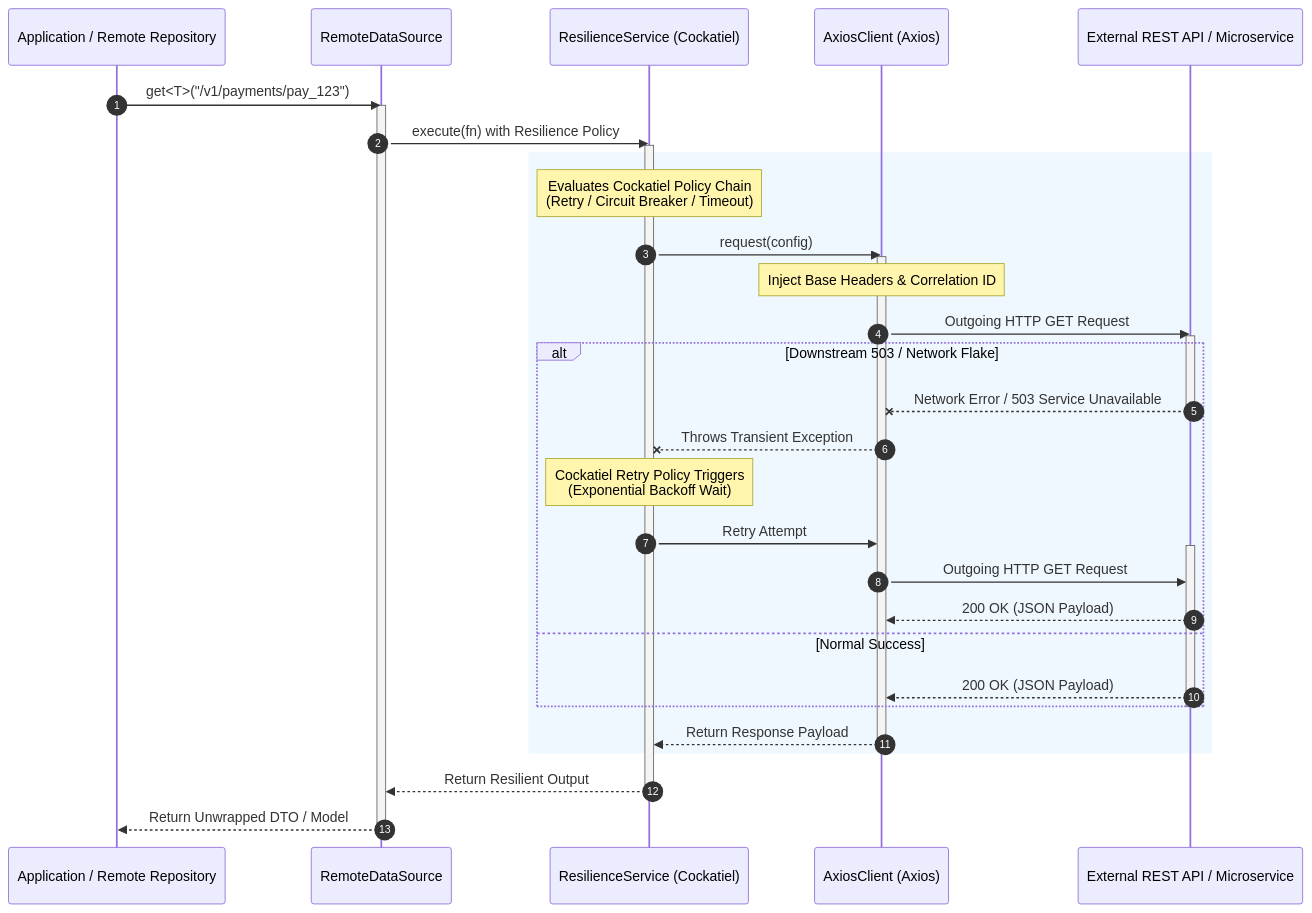
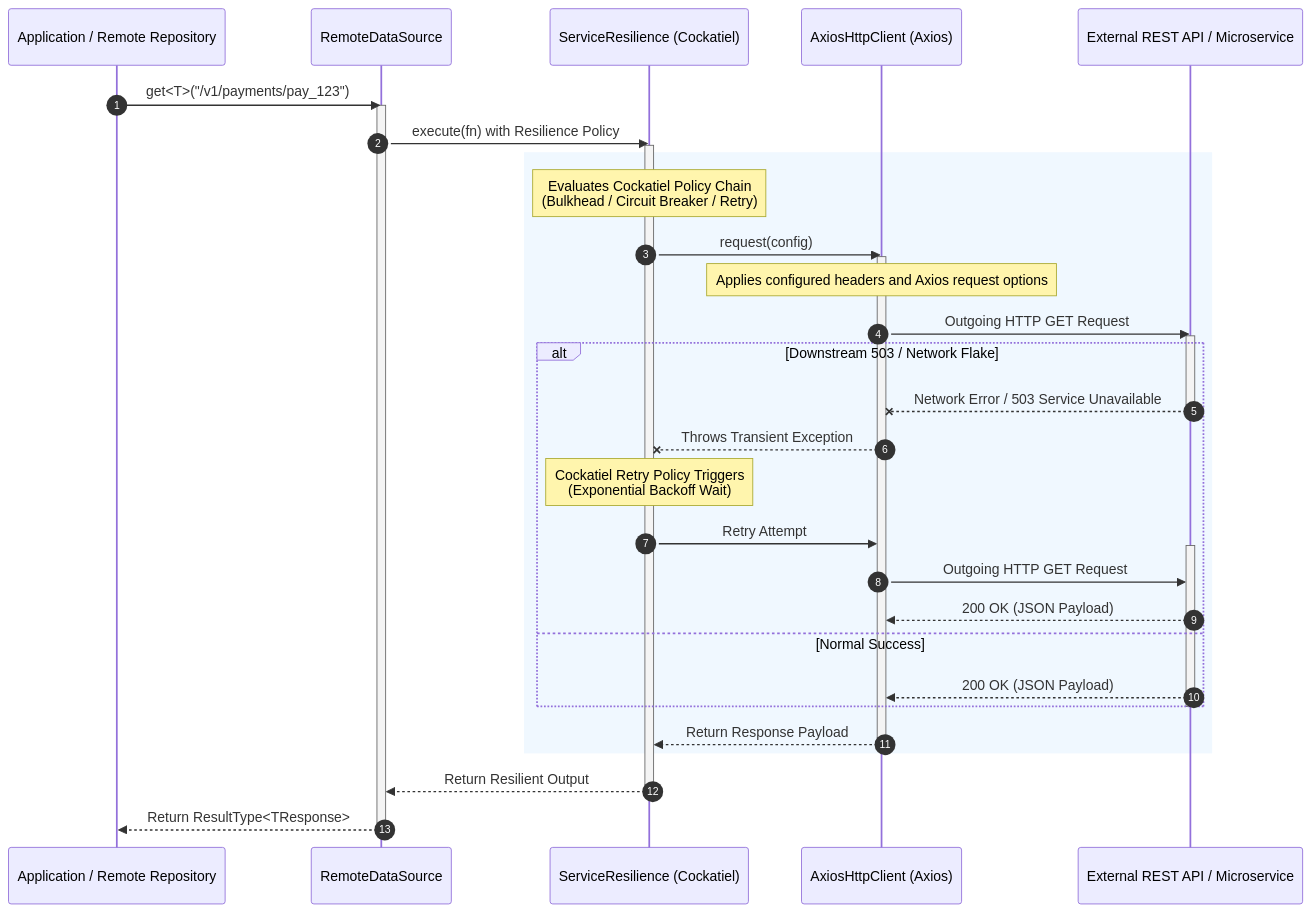
One commit to xeno-js/xeno-website changed the diagram in src/content/docs/http-core.md. Above: the diagram before and after it, drawn with Mermaid. The commit also changed other lines of this file and 18 other files, not shown here.

````diff
--- a/src/content/docs/http-core.md
+++ b/src/content/docs/http-core.md
@@ -56,47 +52,47 @@
 ```mermaid
 sequenceDiagram
     autonumber
     participant App as Application / Remote Repository
     participant RDS as RemoteDataSource
-    participant Res as ResilienceService (Cockatiel)
-    participant Ax as AxiosClient (Axios)
+    participant Res as ServiceResilience (Cockatiel)
+    participant Ax as AxiosHttpClient (Axios)
     participant Ext as External REST API / Microservice
 
     App->>RDS: get<T>("/v1/payments/pay_123")
     activate RDS
     RDS->>Res: execute(fn) with Resilience Policy
     activate Res
 
     rect rgb(240, 248, 255)
-        note over Res: Evaluates Cockatiel Policy Chain<br/>(Retry / Circuit Breaker / Timeout)
+        note over Res: Evaluates Cockatiel Policy Chain<br/>(Bulkhead / Circuit Breaker / Retry)
         Res->>Ax: request(config)
         activate Ax
 
-        note over Ax: Inject Base Headers & Correlation ID
+        note over Ax: Applies configured headers and Axios request options
         Ax->>Ext: Outgoing HTTP GET Request
         activate Ext
 
         alt Downstream 503 / Network Flake
             Ext--xAx: Network Error / 503 Service Unavailable
             deactivate Ext
             Ax--xRes: Throws Transient Exception
             note over Res: Cockatiel Retry Policy Triggers<br/>(Exponential Backoff Wait)
             Res->>Ax: Retry Attempt #2
             activate Ext
             Ax->>Ext: Outgoing HTTP GET Request
             Ext-->>Ax: 200 OK (JSON Payload)
         else Normal Success
             Ext-->>Ax: 200 OK (JSON Payload)
         end
         deactivate Ext
 
         Ax-->>Res: Return Response Payload
         deactivate Ax
     end
 
     Res-->>RDS: Return Resilient Output
     deactivate Res
-    RDS-->>App: Return Unwrapped DTO / Model
+    RDS-->>App: Return ResultType<TResponse>
     deactivate RDS
 
 ```
````
